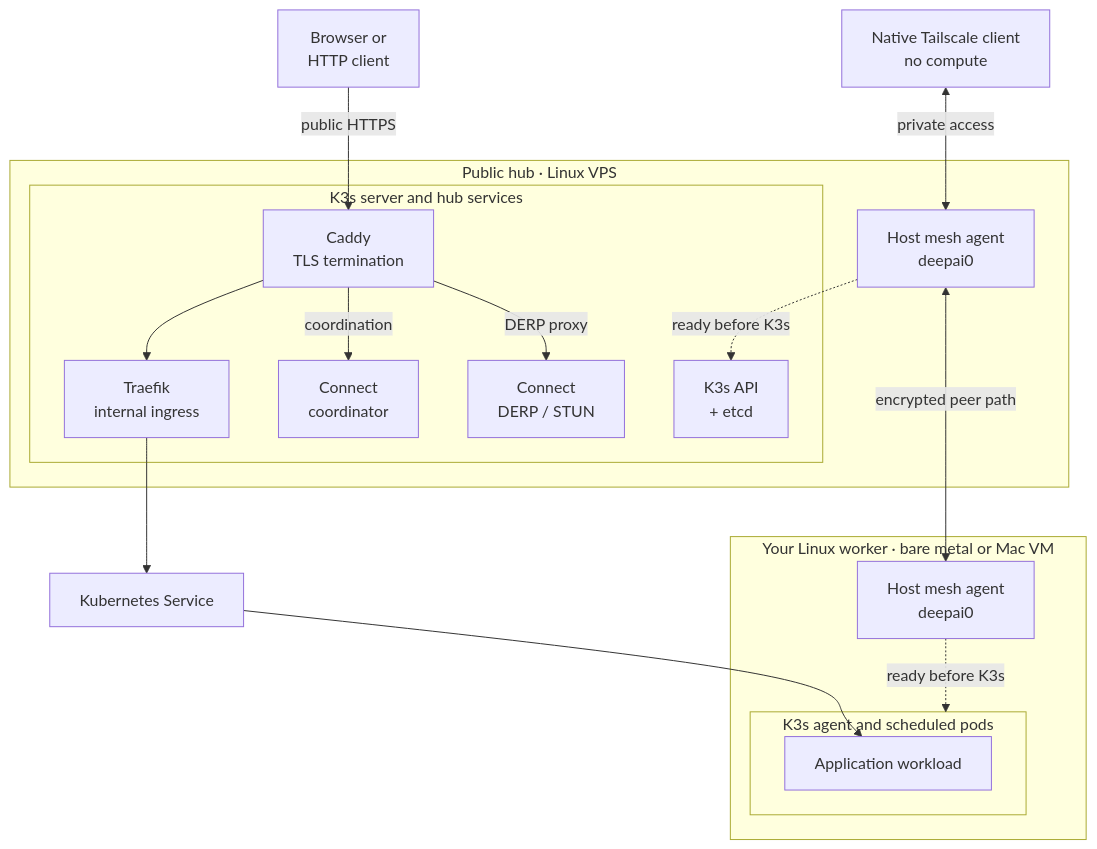
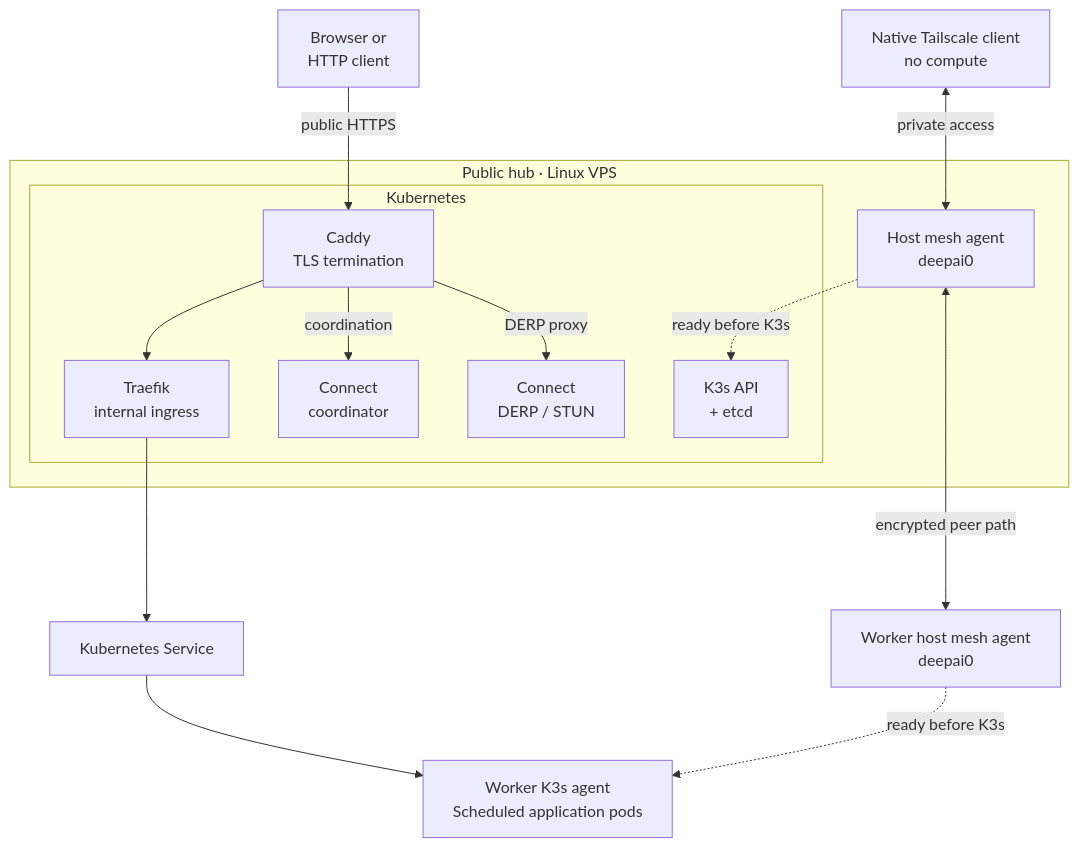
Before and after one commit to deepai-cloud/deepai-connect: the first of 2 diagrams in docs/architecture.md, drawn with Mermaid. The commit also changed other lines of this file and 2 other files, not shown here.

````diff
--- a/docs/architecture.md
+++ b/docs/architecture.md
@@ -33,31 +33,27 @@
 ```mermaid
 flowchart TB
   accTitle: DeepAI Connect topology
   accDescr: One public Linux hub and a Linux worker share a mesh and K3s cluster. Host mesh agents start before Kubernetes. Native clients join only the mesh. Public application traffic goes through Caddy, Traefik and a Kubernetes Service to the workload.
   Browser["Browser or<br/>HTTP client"] -->|"public HTTPS"| Caddy
 
   subgraph Hub["Public hub · Linux VPS"]
     HubMesh["Host mesh agent<br/>deepai0"]
-    subgraph HubK8s["K3s server and hub services"]
+    subgraph HubK8s["Kubernetes"]
       Control["K3s API<br/>+ etcd"]
       Caddy["Caddy<br/>TLS termination"] --> Traefik["Traefik<br/>internal ingress"]
       Caddy -->|"coordination"| Coordinator["Connect<br/>coordinator"]
       Caddy -->|"DERP proxy"| Relay["Connect<br/>DERP / STUN"]
     end
     HubMesh -.->|"ready before K3s"| Control
   end
 
   Traefik --> Service["Kubernetes Service"]
   Service --> Workload
 
-  subgraph Worker["Your Linux worker · bare metal or Mac VM"]
-    WorkerMesh["Host mesh agent<br/>deepai0"]
-    subgraph WorkerK8s["K3s agent and scheduled pods"]
-      Workload["Application workload"]
-    end
-    WorkerMesh -.->|"ready before K3s"| WorkerK8s
-  end
+  WorkerMesh["Worker host mesh agent<br/>deepai0"]
+  Workload["Worker K3s agent<br/>Scheduled application pods"]
+  WorkerMesh -.->|"ready before K3s"| Workload
 
-  HubMesh <-->|"encrypted peer path"| WorkerMesh
+  HubMesh <---->|"encrypted peer path"| WorkerMesh
   Client["Native Tailscale client<br/>no compute"] <-->|"private access"| HubMesh
 ```
````
